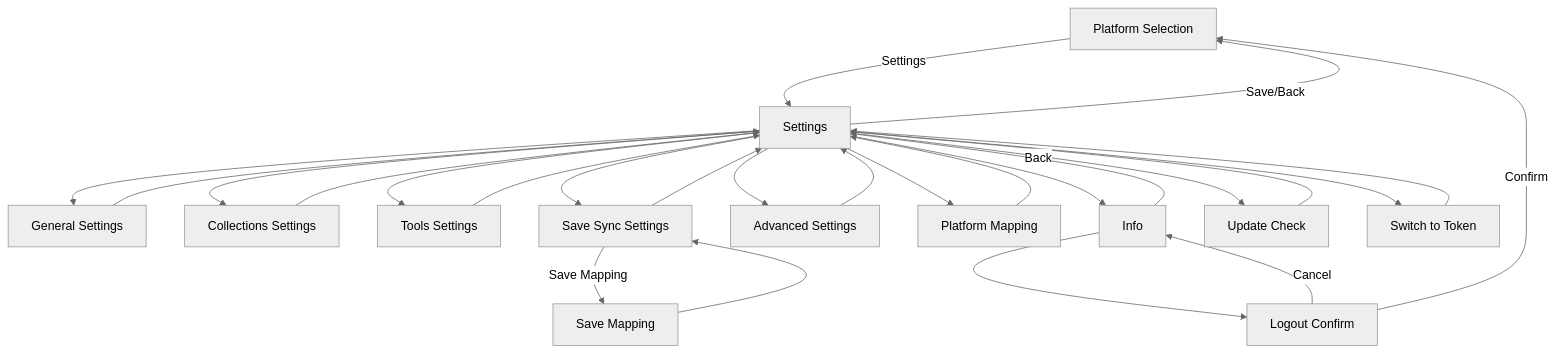
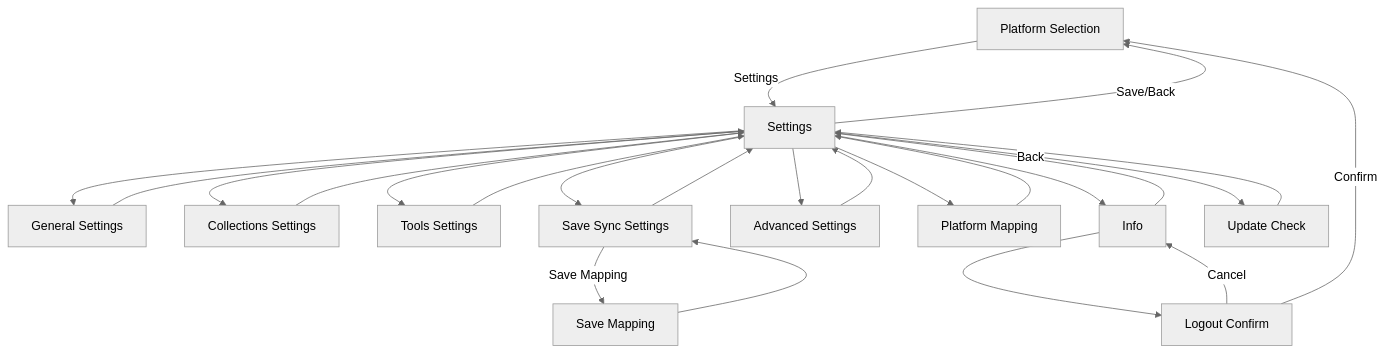
One commit to rommapp/grout changed the eighth of 9 diagrams in docs/contributing/state-machine.md. Above: the diagram before and after it, drawn with Mermaid (neutral theme). The commit also changed other lines of this file and 16 other files, not shown here.

````diff
--- a/docs/contributing/state-machine.md
+++ b/docs/contributing/state-machine.md
@@ -115,45 +161,42 @@
 ```mermaid
 flowchart TD
     PS[Platform Selection]
     SET[Settings]
     GSET[General Settings]
     CSET[Collections Settings]
     TSET[Tools Settings]
     SSSET[Save Sync Settings]
     SMAP[Save Mapping]
     ASET[Advanced Settings]
     PM[Platform Mapping]
     INFO[Info]
     UPD[Update Check]
-    STT[Switch to Token]
     LOGOUT[Logout Confirm]
 
     PS -->|"Settings"| SET
     SET -->|"Save/Back"| PS
     SET --> GSET
     SET --> CSET
     SET --> TSET
     SET --> SSSET
     SET --> ASET
     SET --> PM
     SET --> INFO
     SET --> UPD
-    SET --> STT
 
     GSET --> SET
     CSET --> SET
     TSET --> SET
     SSSET --> SET
     ASET --> SET
     PM --> SET
     UPD --> SET
-    STT --> SET
 
     SSSET -->|"Save Mapping"| SMAP --> SSSET
 
     INFO -->|"Back"| SET
     INFO --> LOGOUT
 
     LOGOUT -->|"Cancel"| INFO
     LOGOUT -->|"Confirm"| PS
 ```
````
